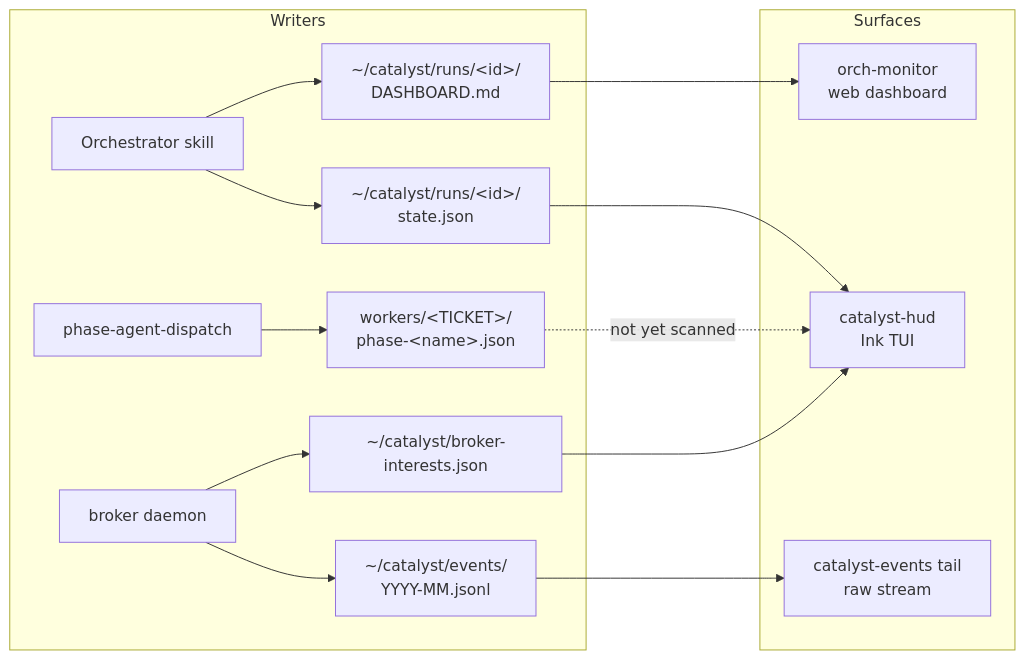
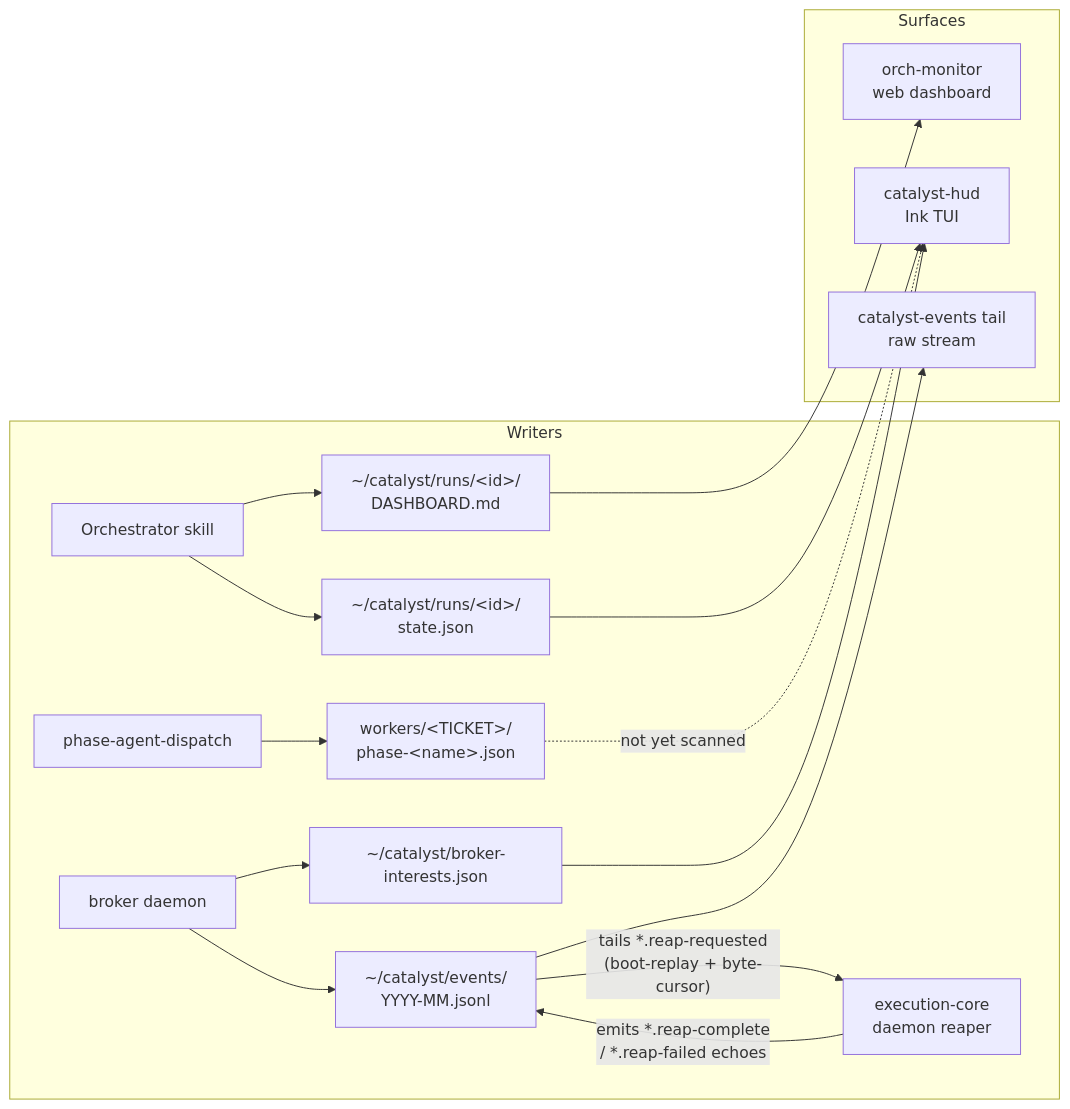
The diagram in docs/architecture.md (coalesce-labs/catalyst), drawn with Mermaid before and after one commit. The commit also changed other lines of this file and 4 other files, not shown here.

First line of the commit message:
docs(meta): document reap-intent event protocol + refresh data-flow diagrams (CTL-649)

````diff
--- a/docs/architecture.md
+++ b/docs/architecture.md
@@ -236,22 +236,24 @@
 ```mermaid
 flowchart LR
   subgraph Writers
     OS[Orchestrator skill] --> DM[~/catalyst/runs/&lt;id&gt;/<br/>DASHBOARD.md]
     OS --> SJ[~/catalyst/runs/&lt;id&gt;/<br/>state.json]
     PAD[phase-agent-dispatch] --> PSF[workers/&lt;TICKET&gt;/<br/>phase-&lt;name&gt;.json]
     BROKER[broker daemon] --> BI[~/catalyst/broker-interests.json]
     BROKER --> EL[~/catalyst/events/<br/>YYYY-MM.jsonl]
+    REAPER[execution-core<br/>daemon reaper] -- "emits *.reap-complete<br/>/ *.reap-failed echoes" --> EL
   end
 
   subgraph Surfaces
     HUD[catalyst-hud<br/>Ink TUI]
     OM[orch-monitor<br/>web dashboard]
     CE[catalyst-events tail<br/>raw stream]
   end
 
   SJ --> HUD
   PSF -.not yet scanned.-> HUD
   BI --> HUD
   DM --> OM
   EL --> CE
+  EL -- "tails *.reap-requested<br/>(boot-replay + byte-cursor)" --> REAPER
 ```
````
